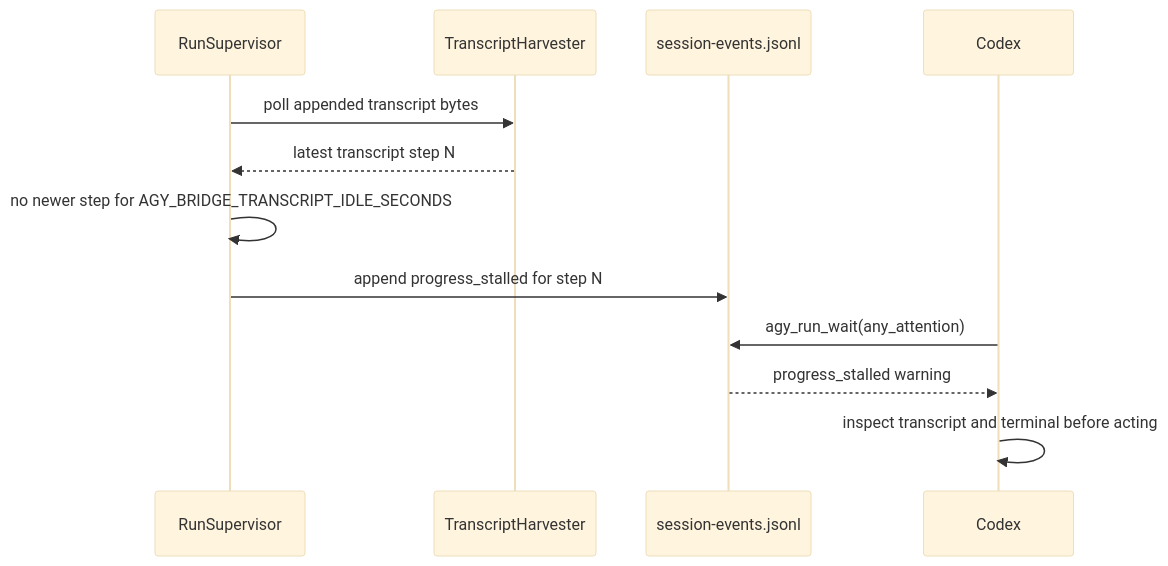
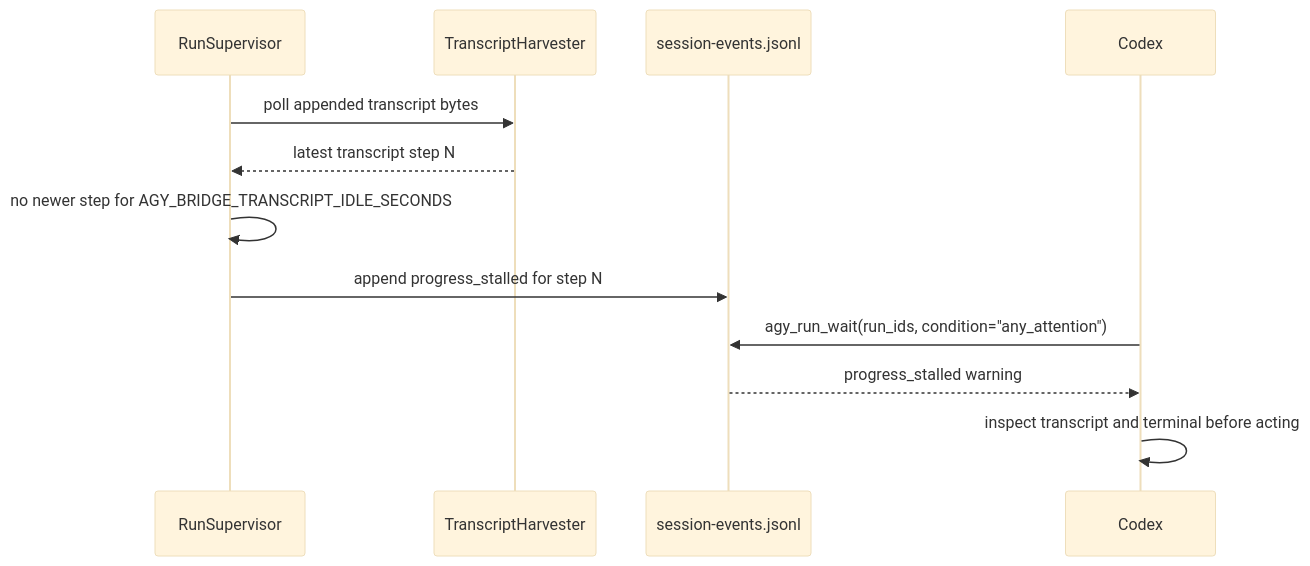
One commit to varadfromeast/codex-agy-bridge changed the third of 3 diagrams in docs/ARCHITECTURE.md. Above: the diagram before and after it, drawn with Mermaid (base theme). The commit also changed other lines of this file and 14 other files, not shown here.

````diff
--- a/docs/ARCHITECTURE.md
+++ b/docs/ARCHITECTURE.md
@@ -109,15 +109,15 @@
 ```mermaid
 sequenceDiagram
     participant S as RunSupervisor
     participant H as TranscriptHarvester
     participant E as session-events.jsonl
     participant C as Codex
 
     S->>H: poll appended transcript bytes
     H-->>S: latest transcript step N
     S->>S: no newer step for AGY_BRIDGE_TRANSCRIPT_IDLE_SECONDS
     S->>E: append progress_stalled for step N
-    C->>E: agy_run_wait(any_attention)
+    C->>E: agy_run_wait(run_ids, condition="any_attention")
     E-->>C: progress_stalled warning
     C->>C: inspect transcript and terminal before acting
 ```
````
